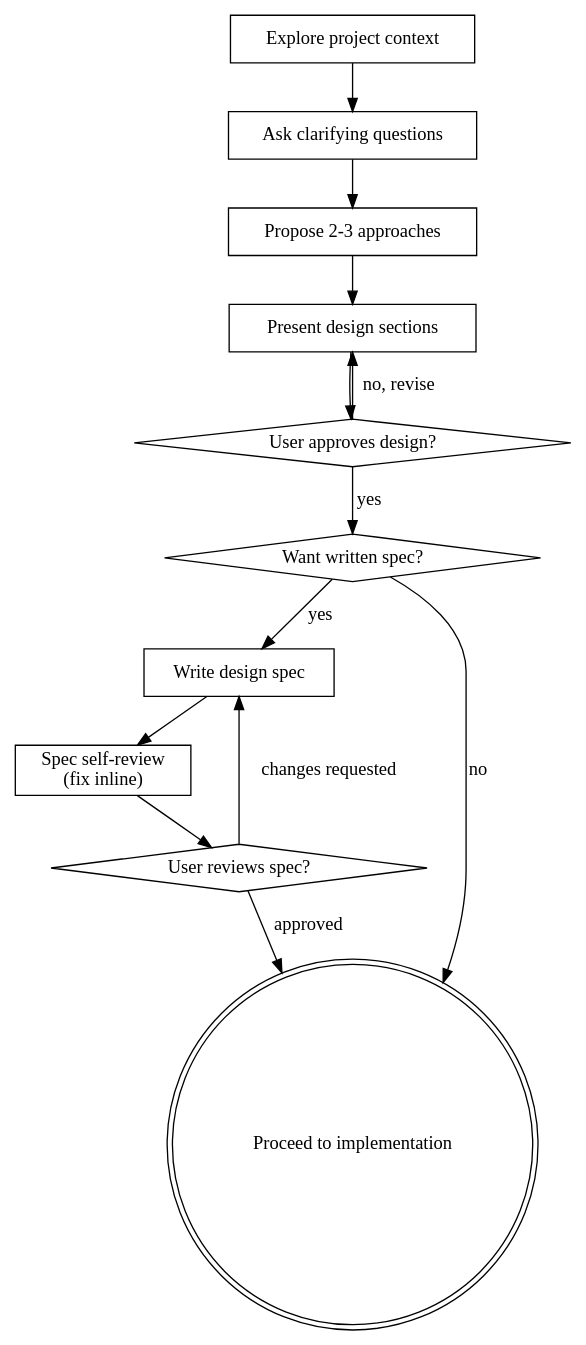
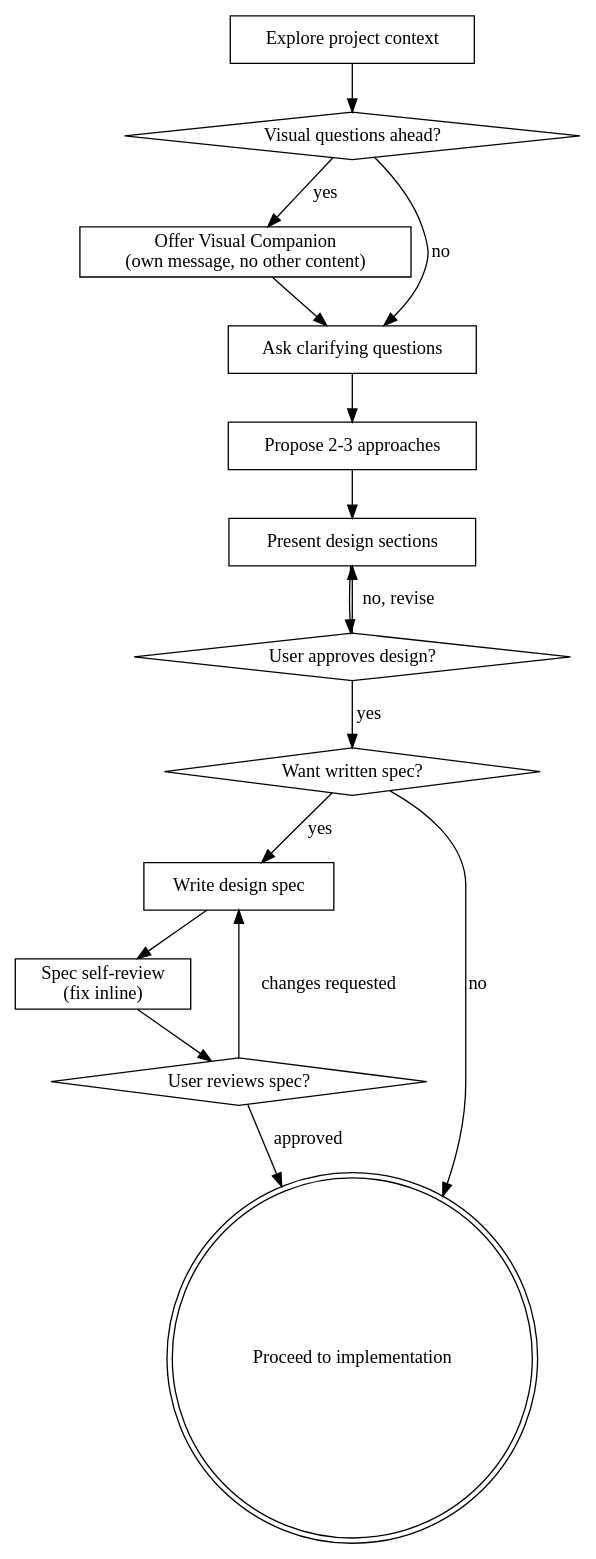
One commit to Ehrax/dotfiles changed the diagram in configs/agents/skills/brainstorming/SKILL.md. Above: the diagram before and after it, drawn with Graphviz. The commit also changed other lines of this file and 25 other files, not shown here.

````diff
--- a/configs/agents/skills/brainstorming/SKILL.md
+++ b/configs/agents/skills/brainstorming/SKILL.md
@@ -48,27 +50,32 @@
 ```dot
 digraph brainstorming {
     "Explore project context" [shape=box];
+    "Visual questions ahead?" [shape=diamond];
+    "Offer Visual Companion\n(own message, no other content)" [shape=box];
     "Ask clarifying questions" [shape=box];
     "Propose 2-3 approaches" [shape=box];
     "Present design sections" [shape=box];
     "User approves design?" [shape=diamond];
     "Want written spec?" [shape=diamond];
     "Write design spec" [shape=box];
     "Spec self-review\n(fix inline)" [shape=box];
     "User reviews spec?" [shape=diamond];
     "Proceed to implementation" [shape=doublecircle];
 
-    "Explore project context" -> "Ask clarifying questions";
+    "Explore project context" -> "Visual questions ahead?";
+    "Visual questions ahead?" -> "Offer Visual Companion\n(own message, no other content)" [label="yes"];
+    "Visual questions ahead?" -> "Ask clarifying questions" [label="no"];
+    "Offer Visual Companion\n(own message, no other content)" -> "Ask clarifying questions";
     "Ask clarifying questions" -> "Propose 2-3 approaches";
     "Propose 2-3 approaches" -> "Present design sections";
     "Present design sections" -> "User approves design?";
     "User approves design?" -> "Present design sections" [label="no, revise"];
     "User approves design?" -> "Want written spec?" [label="yes"];
     "Want written spec?" -> "Write design spec" [label="yes"];
     "Want written spec?" -> "Proceed to implementation" [label="no"];
     "Write design spec" -> "Spec self-review\n(fix inline)";
     "Spec self-review\n(fix inline)" -> "User reviews spec?";
     "User reviews spec?" -> "Write design spec" [label="changes requested"];
     "User reviews spec?" -> "Proceed to implementation" [label="approved"];
 }
 ```
````
